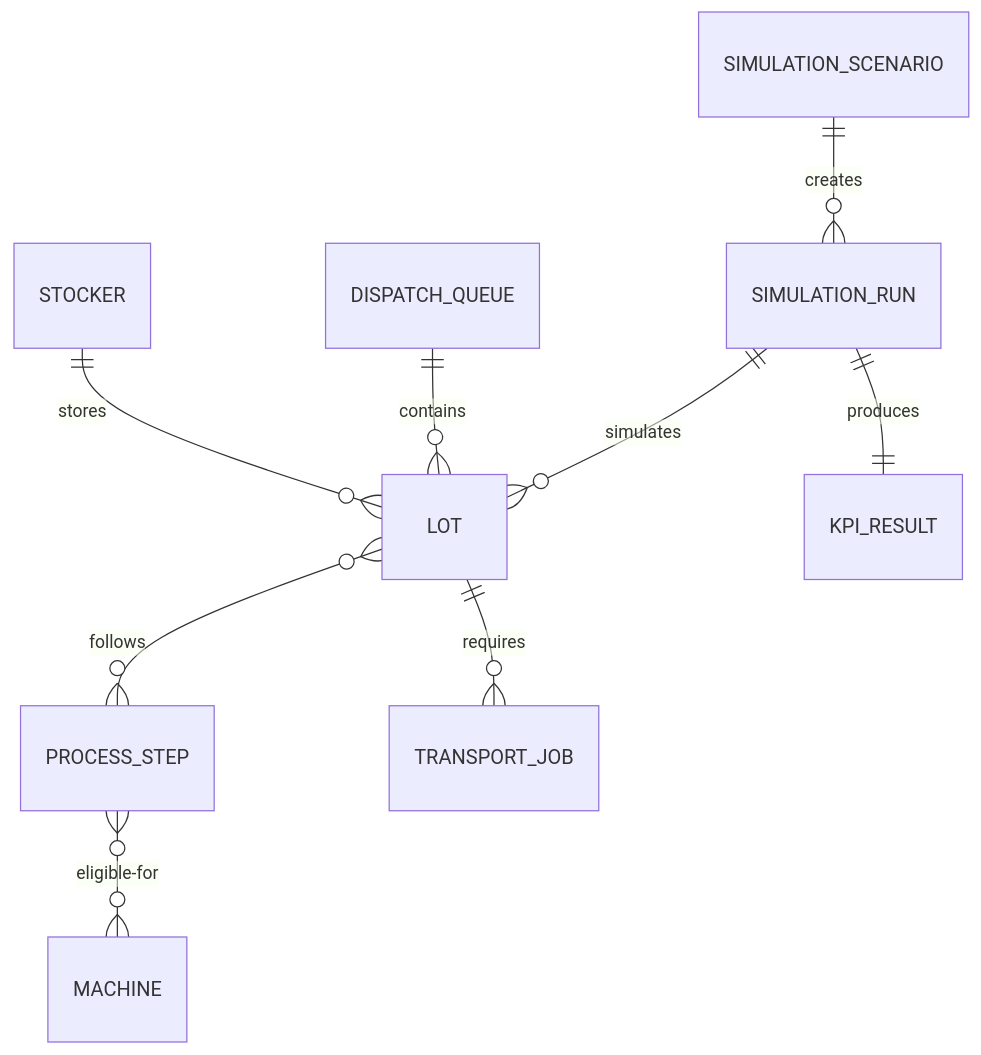
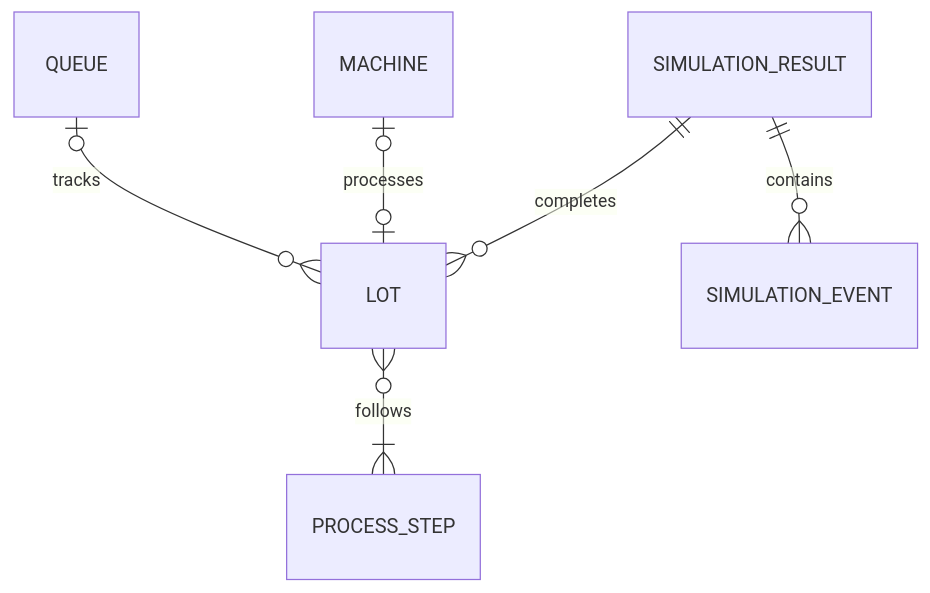
One commit to j22868706/sideproject_fabflow changed the diagram in docs/domain-model.md. Above: the diagram before and after it, drawn with Mermaid. The commit also changed other lines of this file and 1 other file, not shown here.

Commit message:
docs: document deterministic simulation engine

````diff
--- a/docs/domain-model.md
+++ b/docs/domain-model.md
@@ -32,11 +46,8 @@
 ```mermaid
 erDiagram
-    SIMULATION_SCENARIO ||--o{ SIMULATION_RUN : creates
-    SIMULATION_RUN ||--o{ LOT : simulates
-    LOT }o--o{ PROCESS_STEP : follows
-    PROCESS_STEP }o--o{ MACHINE : eligible-for
-    DISPATCH_QUEUE ||--o{ LOT : contains
-    LOT ||--o{ TRANSPORT_JOB : requires
-    STOCKER ||--o{ LOT : stores
-    SIMULATION_RUN ||--|| KPI_RESULT : produces
+    LOT }o--|{ PROCESS_STEP : follows
+    QUEUE o|--o{ LOT : tracks
+    MACHINE o|--o| LOT : processes
+    SIMULATION_RESULT ||--o{ LOT : completes
+    SIMULATION_RESULT ||--o{ SIMULATION_EVENT : contains
 ```
````
